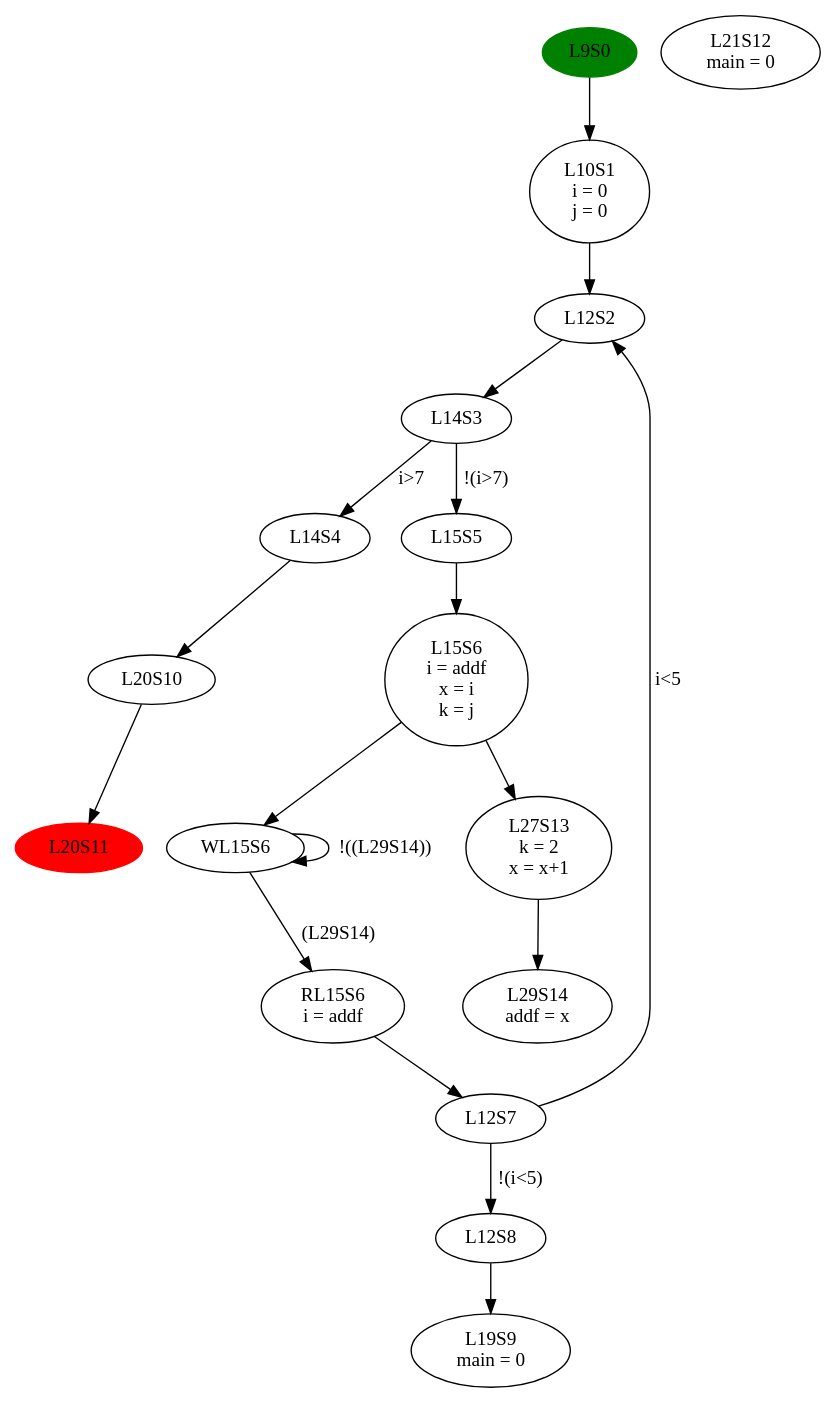
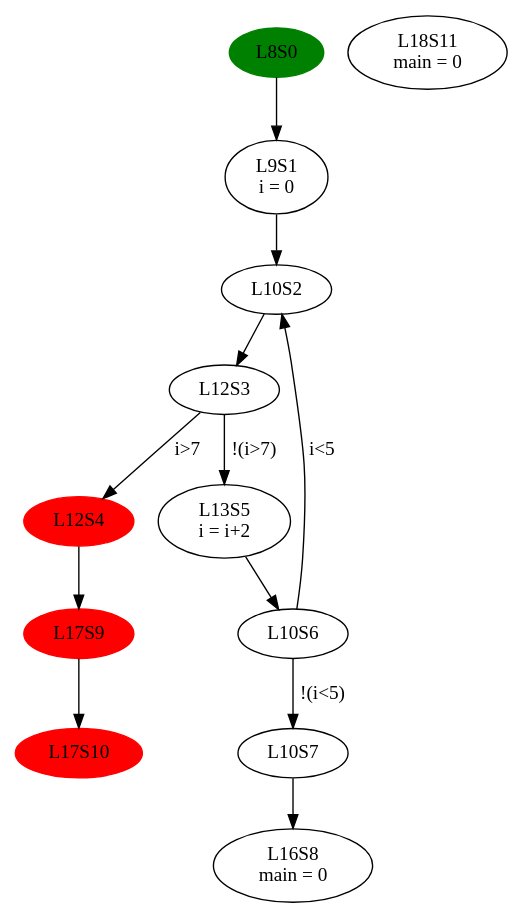
One commit to Zzephaniahh/SoLVe changed the diagram in raw_CFG.gv. Above: the diagram before and after it, drawn with Graphviz. The commit also changed 32 other files, not shown here.

```diff
--- a/raw_CFG.gv
+++ b/raw_CFG.gv
@@ -1,69 +1,50 @@
 // raw_CFG
 digraph {
-	L9S0 -> L10S1 [label=""]
-	L9S0 [label=L9S0
+	L8S0 -> L9S1 [label=""]
+	L8S0 [label=L8S0
  color=green style=filled]
-	L9S0 [label=L9S0
+	L8S0 [label=L8S0
 ]
-	L10S1 -> L12S2 [label=""]
-	L10S1 [label="L10S1
+	L9S1 -> L10S2 [label=""]
+	L9S1 [label="L9S1
 i = 0
-j = 0
 "]
-	L12S2 -> L14S3 [label=""]
-	L12S2 [label=L12S2
+	L10S2 -> L12S3 [label=""]
+	L10S2 [label=L10S2
 ]
-	L14S3 -> L14S4 [label="i>7"]
-	L14S3 -> L15S5 [label="!(i>7)"]
-	L14S3 [label=L14S3
+	L12S3 -> L12S4 [label="i>7"]
+	L12S3 -> L13S5 [label="!(i>7)"]
+	L12S3 [label=L12S3
 ]
-	L14S4 -> L20S10 [label=""]
-	L14S4 [label=L14S4
+	L12S4 -> L17S9 [label=""]
+	L12S4 [label=L12S4
+ color=red style=filled]
+	L12S4 [label=L12S4
 ]
-	L15S5 -> L15S6 [label=""]
-	L15S5 [label=L15S5
+	L13S5 -> L10S6 [label=""]
+	L13S5 [label="L13S5
+i = i+2
+"]
+	L17S9 -> L17S10 [label=""]
+	L17S9 [label=L17S9
+ color=red style=filled]
+	L17S9 [label=L17S9
 ]
-	L20S10 -> L20S11 [label=""]
-	L20S10 [label=L20S10
+	L10S6 -> L10S2 [label="i<5"]
+	L10S6 -> L10S7 [label="!(i<5)"]
+	L10S6 [label=L10S6
 ]
-	L15S6 -> WL15S6 [label=""]
-	L15S6 -> L27S13 [label=""]
-	L15S6 [label="L15S6
-i = addf
-x = i
-k = j
-"]
-	WL15S6 -> RL15S6 [label="(L29S14)"]
-	WL15S6 -> WL15S6 [label="!((L29S14))"]
-	WL15S6 [label=WL15S6
+	L10S7 -> L16S8 [label=""]
+	L10S7 [label=L10S7
 ]
-	RL15S6 -> L12S7 [label=""]
-	RL15S6 [label="RL15S6
-i = addf
-"]
-	L12S7 -> L12S2 [label="i<5"]
-	L12S7 -> L12S8 [label="!(i<5)"]
-	L12S7 [label=L12S7
-]
-	L27S13 -> L29S14 [label=""]
-	L27S13 [label="L27S13
-k = 2
-x = x+1
-"]
-	L29S14 [label="L29S14
-addf = x
-"]
-	L12S8 -> L19S9 [label=""]
-	L12S8 [label=L12S8
-]
-	L19S9 [label="L19S9
+	L16S8 [label="L16S8
 main = 0
 "]
-	L20S11 [label=L20S11
+	L17S10 [label=L17S10
  color=red style=filled]
-	L20S11 [label=L20S11
+	L17S10 [label=L17S10
 ]
-	L21S12 [label="L21S12
+	L18S11 [label="L18S11
 main = 0
 "]
 }
```
